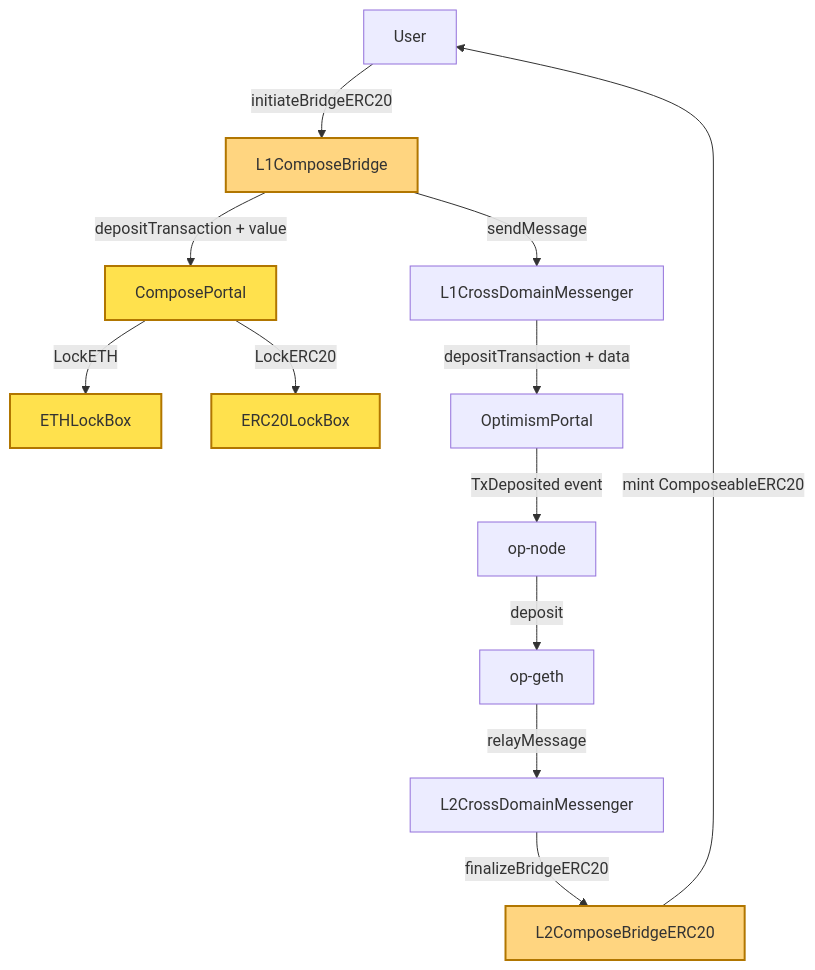
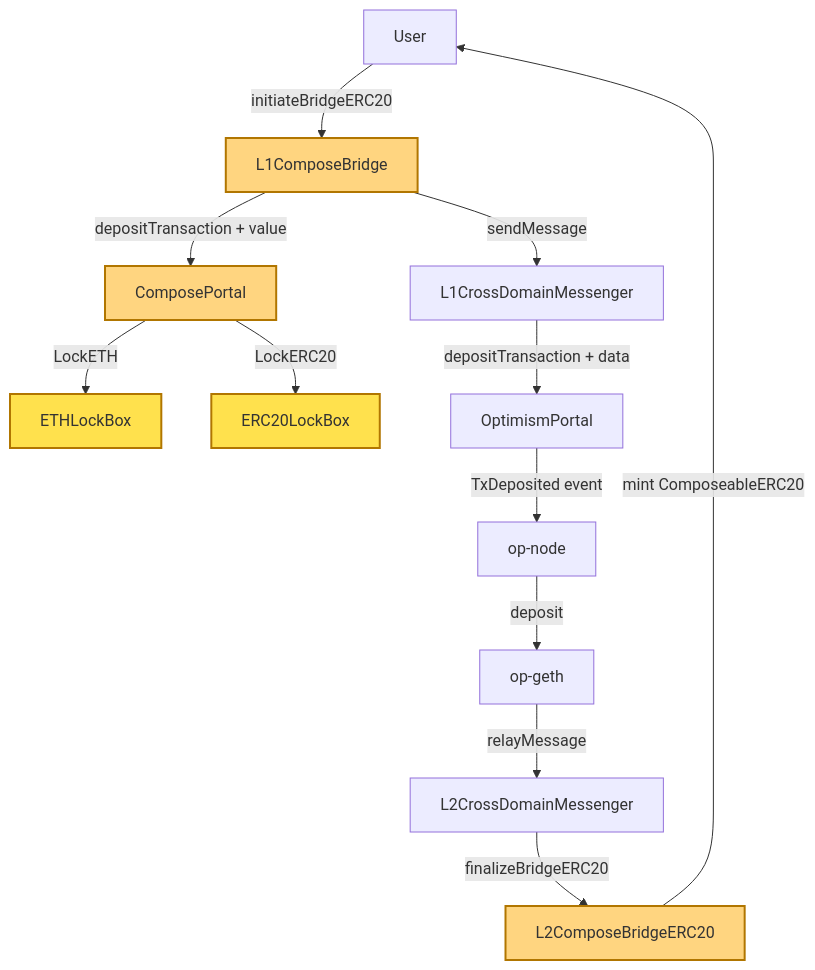
Before and after one commit to compose-network/specs: the first of 2 diagrams in universal_bridge.md, drawn with Mermaid. The commit also changed other lines of this file, not shown here.

````diff
--- a/universal_bridge.md
+++ b/universal_bridge.md
@@ -665,25 +646,25 @@
 ```mermaid
 flowchart TD
     User[User]
     L1CB[L1ComposeBridge]:::compose
     L1XDM[L1CrossDomainMessenger]
     L2XDM[L2CrossDomainMessenger]
     L2CB[L2ComposeBridgeERC20]:::compose
     ETHLB[ETHLockBox]:::compose-universal
     ERC20LB[ERC20LockBox]:::compose-universal
-    CP[ComposePortal]:::compose-universal
+    CP[ComposePortal]:::compose
     User -->|initiateBridgeERC20| L1CB
     L1CB -->|sendMessage| L1XDM
     L1CB -->|depositTransaction + value| CP
     CP -->|LockETH| ETHLB
     CP -->|LockERC20| ERC20LB
     L1XDM -->|depositTransaction + data | OptimismPortal
     OptimismPortal -->|TxDeposited event| op-node
     op-node -->|deposit| op-geth
     op-geth -->|relayMessage| L2XDM
     L2XDM -->|finalizeBridgeERC20| L2CB
     L2CB -->|mint ComposeableERC20| User
 
     classDef compose fill:#ffd580,stroke:#b17600,stroke-width:2px;
     classDef compose-universal fill:#ffe14d,stroke:#b17600,stroke-width:2px;
 ```
````
